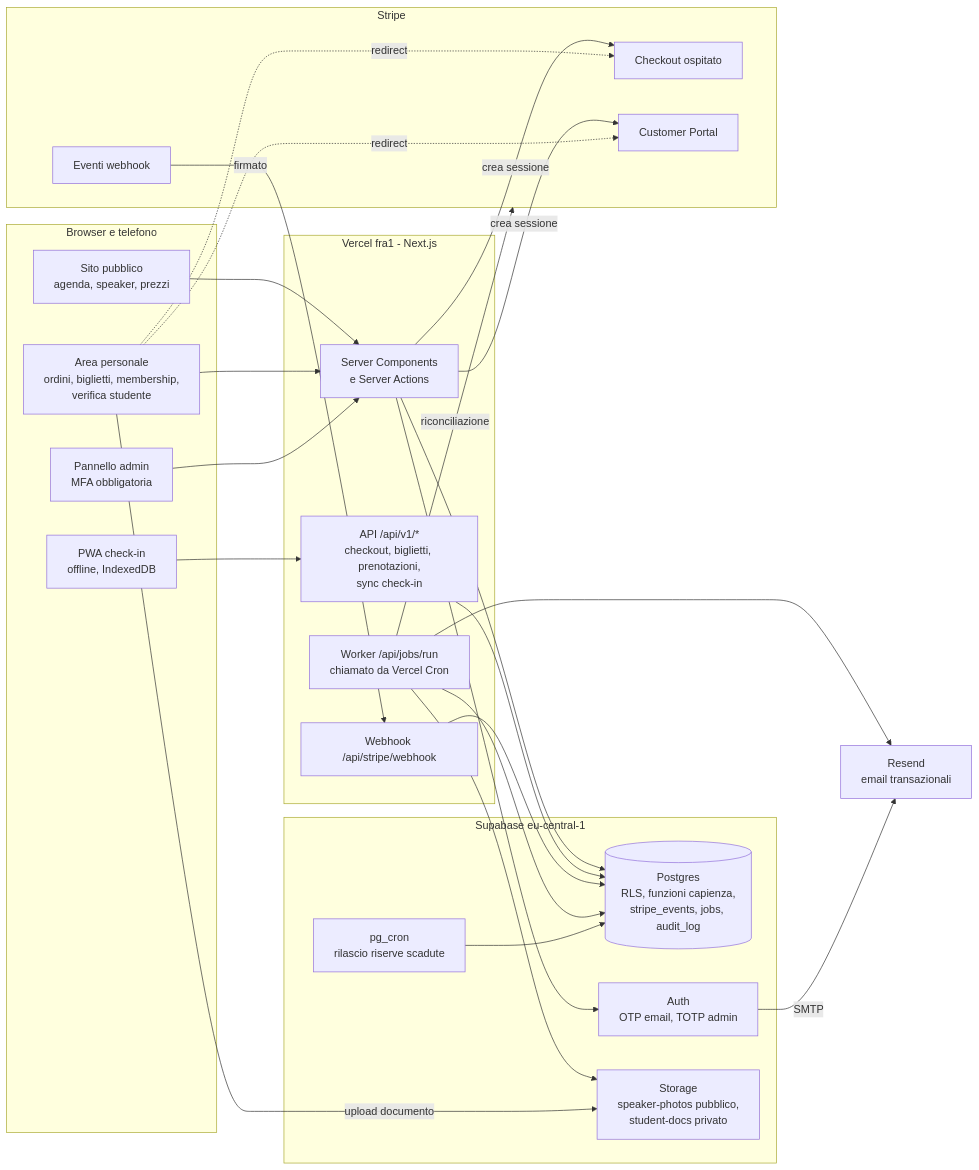
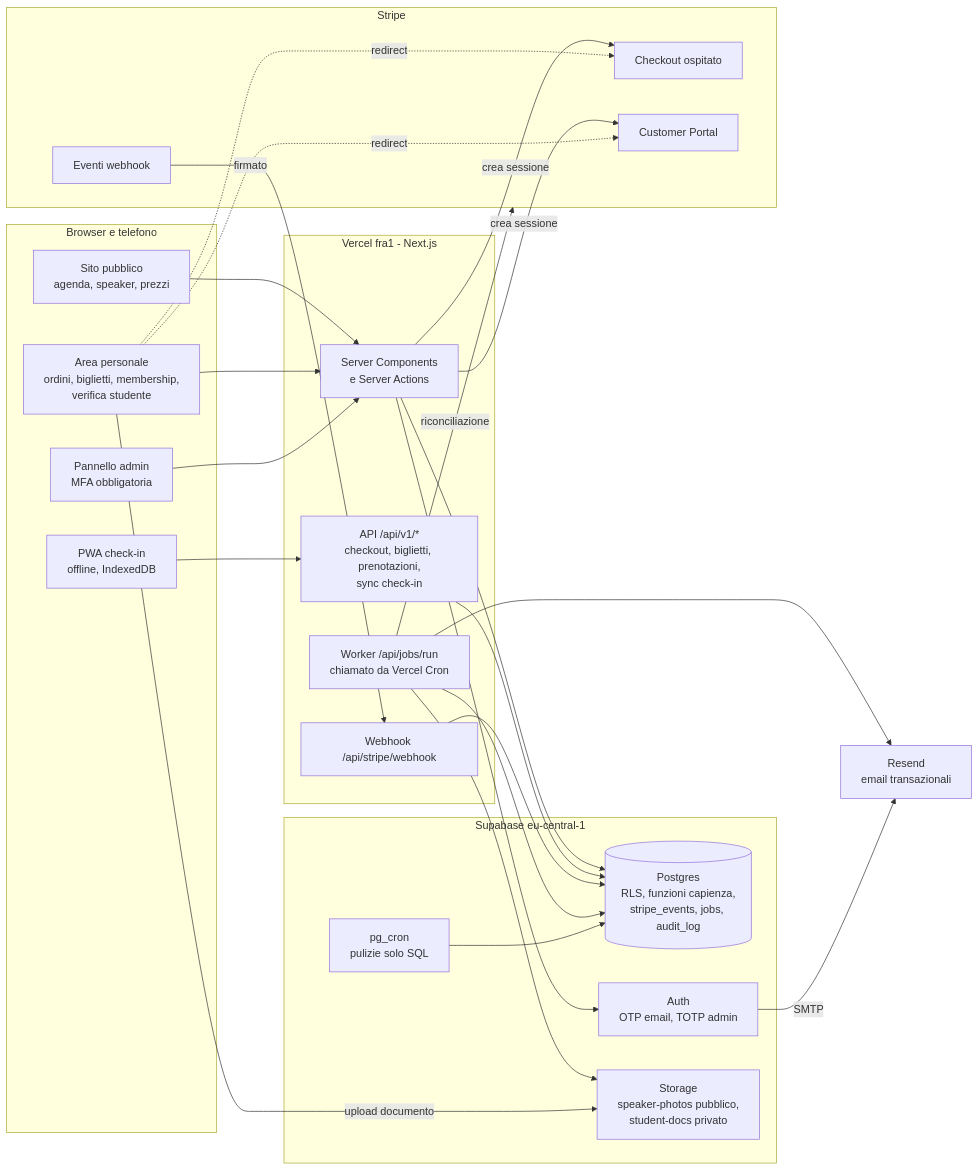
The diagram in docs/architettura.md (julioojospintados/stripe-eventals), drawn with Mermaid before and after one commit. The commit also changed other lines of this file and 2 other files, not shown here.

Commit message:
Architettura: posti riprenotati al pagamento tardivo, conferma idempotente con lock, sconti calcolati dal server, riserve una per persona, pretix come alternativa da provare, sezione MVP

````diff
--- a/docs/architettura.md
+++ b/docs/architettura.md
@@ -63,52 +65,52 @@
 ```mermaid
 flowchart LR
   subgraph Browser["Browser e telefono"]
     V[Sito pubblico<br/>agenda, speaker, prezzi]
     U[Area personale<br/>ordini, biglietti, membership,<br/>verifica studente]
     A[Pannello admin<br/>MFA obbligatoria]
     C[PWA check-in<br/>offline, IndexedDB]
   end
 
   subgraph Vercel["Vercel fra1 - Next.js"]
     SSR[Server Components<br/>e Server Actions]
     API[API /api/v1/*<br/>checkout, biglietti, prenotazioni,<br/>sync check-in]
     WH[Webhook /api/stripe/webhook]
     JR[Worker /api/jobs/run<br/>chiamato da Vercel Cron]
   end
 
   subgraph Supabase["Supabase eu-central-1"]
     DB[(Postgres<br/>RLS, funzioni capienza,<br/>stripe_events, jobs, audit_log)]
     AUTH[Auth<br/>OTP email, TOTP admin]
     ST[Storage<br/>speaker-photos pubblico,<br/>student-docs privato]
-    CRON[pg_cron<br/>rilascio riserve scadute]
+    CRON[pg_cron<br/>pulizie solo SQL]
   end
 
   subgraph Stripe
     CO[Checkout ospitato]
     BP[Customer Portal]
     EV[Eventi webhook]
   end
 
   EM[Resend<br/>email transazionali]
 
   V --> SSR
   U --> SSR
   A --> SSR
   C --> API
   SSR --> DB
   SSR --> AUTH
   API --> DB
   SSR -- crea sessione --> CO
   SSR -- crea sessione --> BP
   U -. redirect .-> CO
   U -. redirect .-> BP
   EV -- firmato --> WH
   WH --> DB
   JR --> DB
   JR --> EM
   JR -- riconciliazione --> Stripe
   JR --> ST
   CRON --> DB
   AUTH -- SMTP --> EM
   U -- upload documento --> ST
 ```
````
